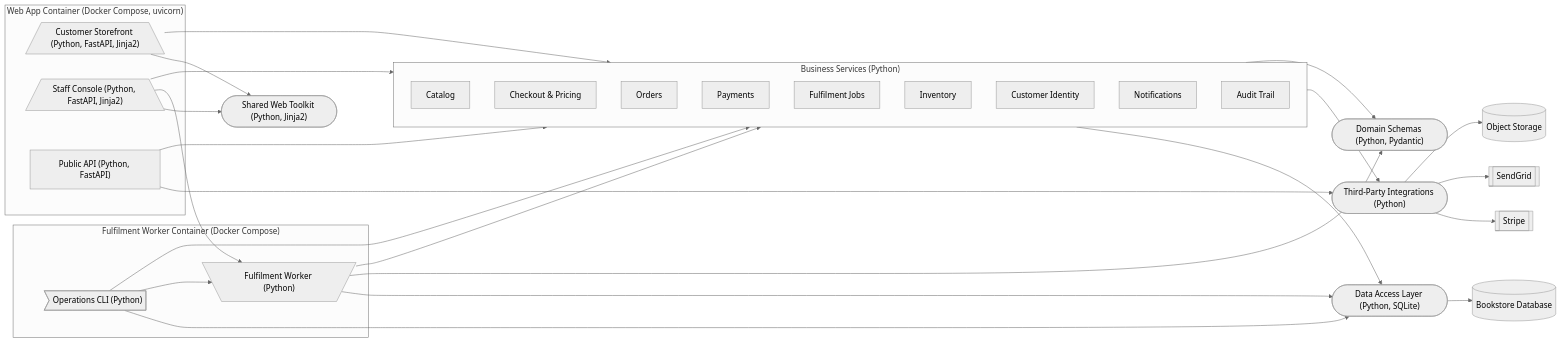
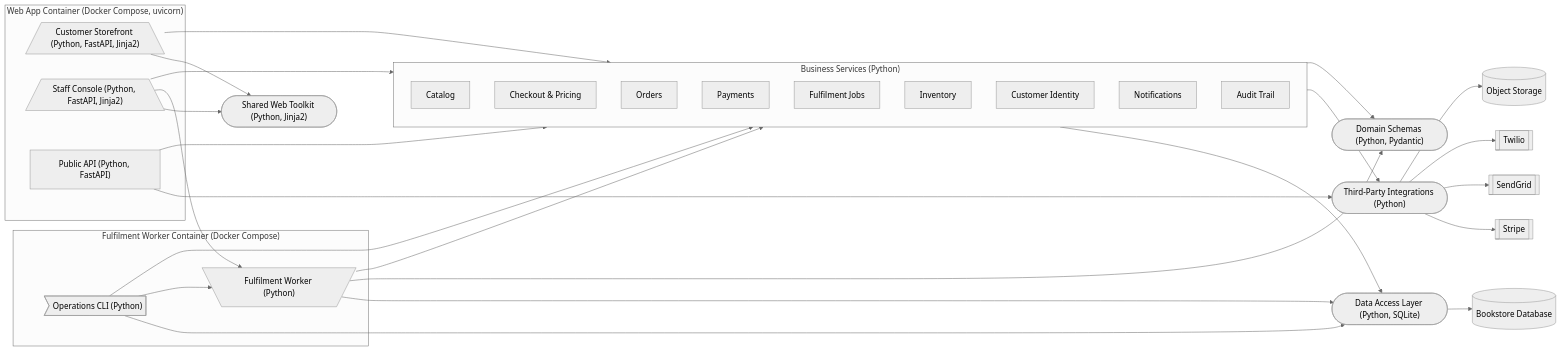
One commit to deepcodersinc/book-store changed the first of 2 diagrams in .unkode/arch_map.md. Above: the diagram before and after it, drawn with Mermaid. The commit also changed other lines of this file and 14 other files, not shown here.

````diff
--- a/.unkode/arch_map.md
+++ b/.unkode/arch_map.md
@@ -3,54 +3,56 @@
 ```mermaid
 %%{init: {'theme':'neutral'}}%%
 graph LR
     subgraph Web_App_Container["Web App Container (Docker Compose, uvicorn)"]
         Customer_Storefront[/"Customer Storefront (Python, FastAPI, Jinja2)"\]
         Staff_Console[/"Staff Console (Python, FastAPI, Jinja2)"\]
         Public_API["Public API (Python, FastAPI)"]
     end
     subgraph Fulfilment_Worker_Container["Fulfilment Worker Container (Docker Compose)"]
         Fulfilment_Worker[\"Fulfilment Worker (Python)"/]
         Operations_CLI>"Operations CLI (Python)"]
     end
     subgraph Business_Services["Business Services (Python)"]
         Business_Services_Catalog["Catalog"]
         Business_Services_Checkout___Pricing["Checkout & Pricing"]
         Business_Services_Orders["Orders"]
         Business_Services_Payments["Payments"]
         Business_Services_Fulfilment_Jobs["Fulfilment Jobs"]
         Business_Services_Inventory["Inventory"]
         Business_Services_Customer_Identity["Customer Identity"]
         Business_Services_Notifications["Notifications"]
         Business_Services_Audit_Trail["Audit Trail"]
     end
     Data_Access_Layer(["Data Access Layer (Python, SQLite)"])
     Third_Party_Integrations(["Third-Party Integrations (Python)"])
     Shared_Web_Toolkit(["Shared Web Toolkit (Python, Jinja2)"])
     Domain_Schemas(["Domain Schemas (Python, Pydantic)"])
 
     Bookstore_Database[("Bookstore Database")]
     Stripe[["Stripe"]]
     SendGrid[["SendGrid"]]
     Object_Storage[("Object Storage")]
+    Twilio[["Twilio"]]
 
     Customer_Storefront --> Business_Services
     Customer_Storefront --> Shared_Web_Toolkit
     Staff_Console --> Business_Services
     Staff_Console --> Shared_Web_Toolkit
     Staff_Console --> Fulfilment_Worker
     Public_API --> Business_Services
     Public_API --> Third_Party_Integrations
     Business_Services --> Data_Access_Layer
     Business_Services --> Third_Party_Integrations
     Business_Services --> Domain_Schemas
     Data_Access_Layer --> Bookstore_Database
     Third_Party_Integrations --> Stripe
     Third_Party_Integrations --> SendGrid
+    Third_Party_Integrations --> Twilio
     Third_Party_Integrations --> Object_Storage
     Fulfilment_Worker --> Business_Services
     Fulfilment_Worker --> Data_Access_Layer
     Fulfilment_Worker --> Domain_Schemas
     Operations_CLI --> Business_Services
     Operations_CLI --> Data_Access_Layer
     Operations_CLI --> Fulfilment_Worker
 ```
````
